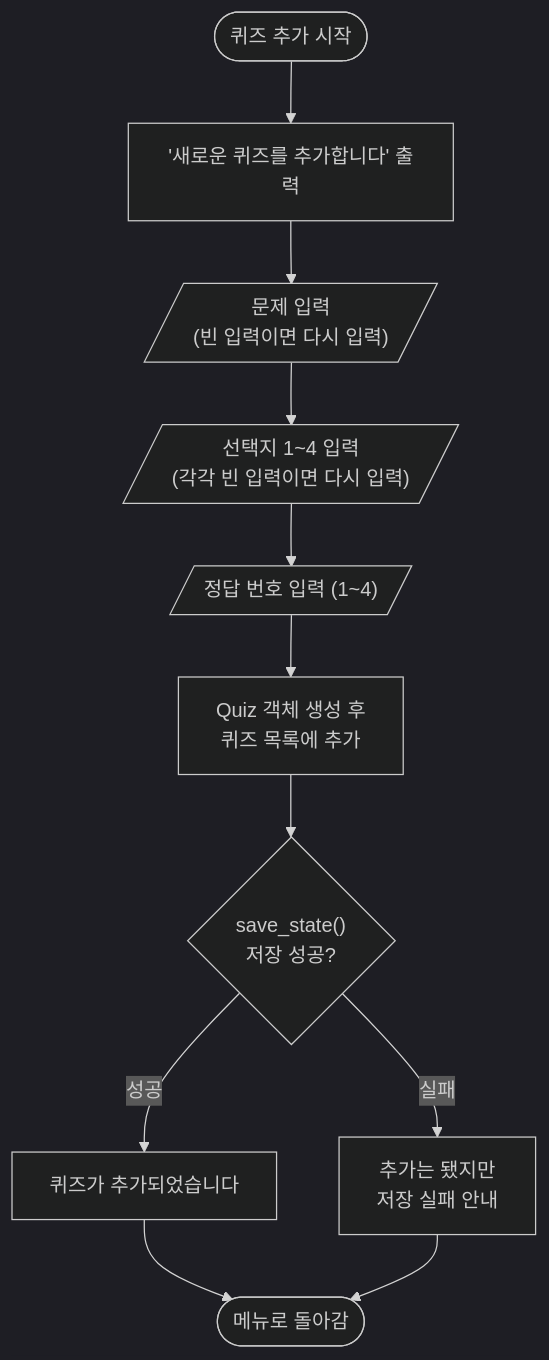
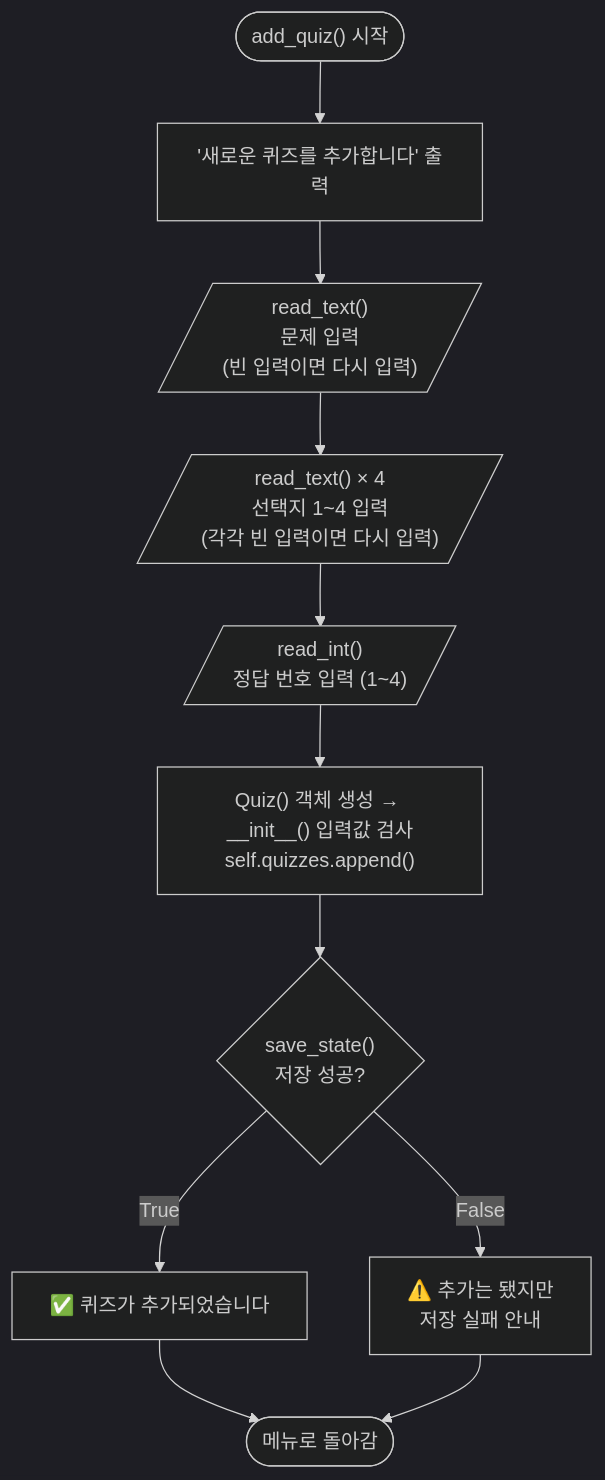
One commit to L011235/Mission-1-2-Quiz-Game changed the fourth of 4 diagrams in README.md. Above: the diagram before and after it, drawn with Mermaid (dark theme). The commit also changed other lines of this file, not shown here.

````diff
--- a/README.md
+++ b/README.md
@@ -250,13 +255,13 @@
 ```mermaid
 flowchart TD
-    A([퀴즈 추가 시작]) --> B["'새로운 퀴즈를 추가합니다' 출력"]
-    B --> C[/"문제 입력<br/>(빈 입력이면 다시 입력)"/]
-    C --> D[/"선택지 1~4 입력<br/>(각각 빈 입력이면 다시 입력)"/]
-    D --> E[/"정답 번호 입력 (1~4)"/]
-    E --> F["Quiz 객체 생성 후<br/>퀴즈 목록에 추가"]
+    A(["add_quiz() 시작"]) --> B["'새로운 퀴즈를 추가합니다' 출력"]
+    B --> C[/"read_text()<br/>문제 입력<br/>(빈 입력이면 다시 입력)"/]
+    C --> D[/"read_text() × 4<br/>선택지 1~4 입력<br/>(각각 빈 입력이면 다시 입력)"/]
+    D --> E[/"read_int()<br/>정답 번호 입력 (1~4)"/]
+    E --> F["Quiz() 객체 생성 → __init__() 입력값 검사<br/>self.quizzes.append()"]
     F --> G{"save_state()<br/>저장 성공?"}
-    G -->|성공| H[" 퀴즈가 추가되었습니다"]
-    G -->|실패| I[" 추가는 됐지만<br/>저장 실패 안내"]
+    G -->|"True"| H["✅ 퀴즈가 추가되었습니다"]
+    G -->|"False"| I["⚠️ 추가는 됐지만<br/>저장 실패 안내"]
     H --> END([메뉴로 돌아감])
     I --> END
 ```
````
